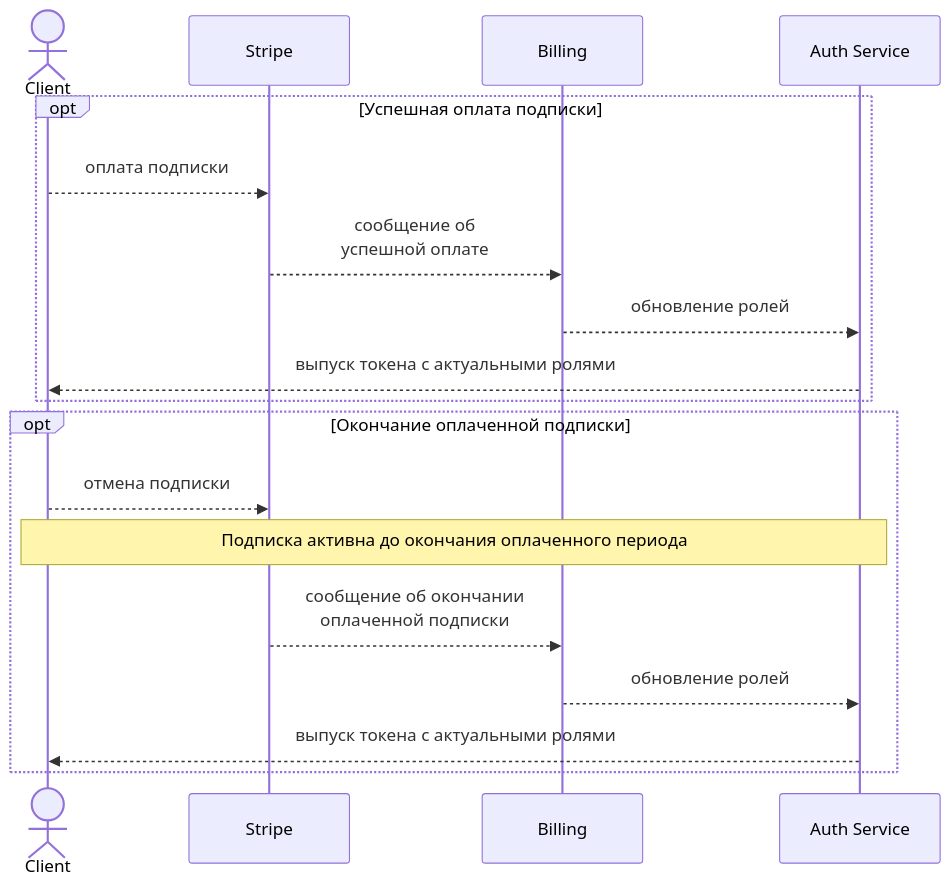
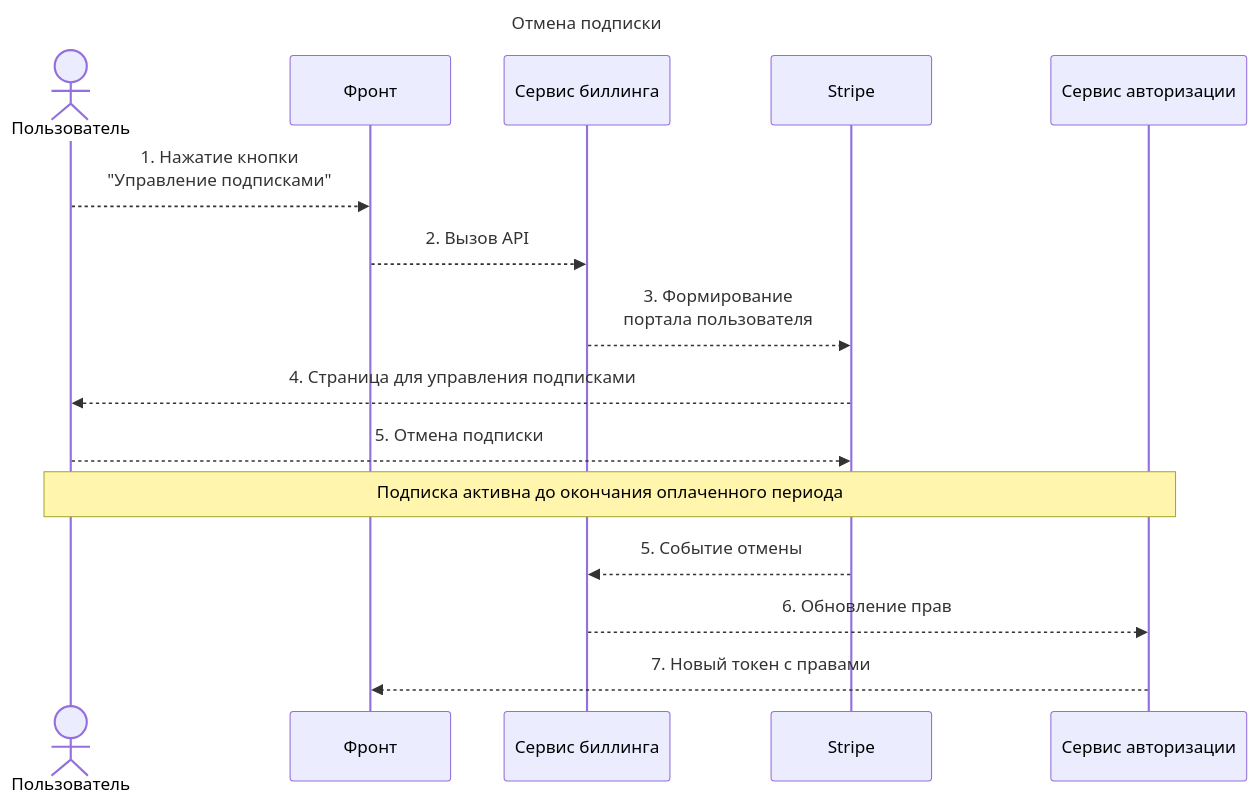
Before and after one commit to mikhail349/graduate_work: the second of 2 diagrams in docs/sequence.md, drawn with Mermaid. The commit also changed other lines of this file, not shown here.

````diff
--- a/docs/sequence.md
+++ b/docs/sequence.md
@@ -1,17 +22,21 @@
 ```mermaid
+---
+title: Отмена подписки
+---
 sequenceDiagram
-    actor Client
-    opt Успешная оплата подписки
-        Client -->> Stripe: оплата подписки
-        Stripe -->> Billing: сообщение об<br/>успешной оплате
-        Billing -->> Auth Service: обновление ролей
-        Auth Service -->> Client: выпуск токена с актуальными ролями
-    end
-    opt Окончание оплаченной подписки
-        Client -->> Stripe: отмена подписки
-        Note over Client,Auth Service: Подписка активна до окончания оплаченного периода
-        Stripe -->> Billing: сообщение об окончании<br/>оплаченной подписки
-        Billing -->> Auth Service: обновление ролей
-        Auth Service -->> Client: выпуск токена с актуальными ролями
-    end
+    actor Client as Пользователь
+    participant UI as Фронт
+    participant Billing as Сервис биллинга
+    participant Stripe
+    participant Auth as Сервис авторизации
+
+    Client -->> UI: 1. Нажатие кнопки<br/>"Управление подписками"
+    UI -->> Billing: 2. Вызов API
+    Billing -->> Stripe: 3. Формирование<br/>портала пользователя
+    Stripe -->> Client: 4. Страница для управления подписками
+    Client -->> Stripe: 5. Отмена подписки
+    Note over Client, Auth: Подписка активна до окончания оплаченного периода
+    Stripe -->> Billing: 5. Событие отмены
+    Billing -->> Auth: 6. Обновление прав
+    Auth -->> UI: 7. Новый токен с правами
 ```
````
